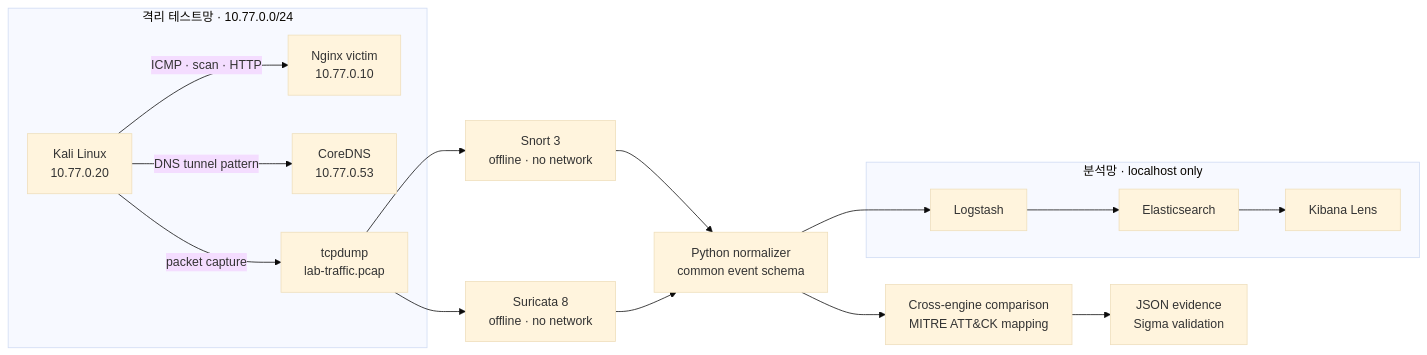
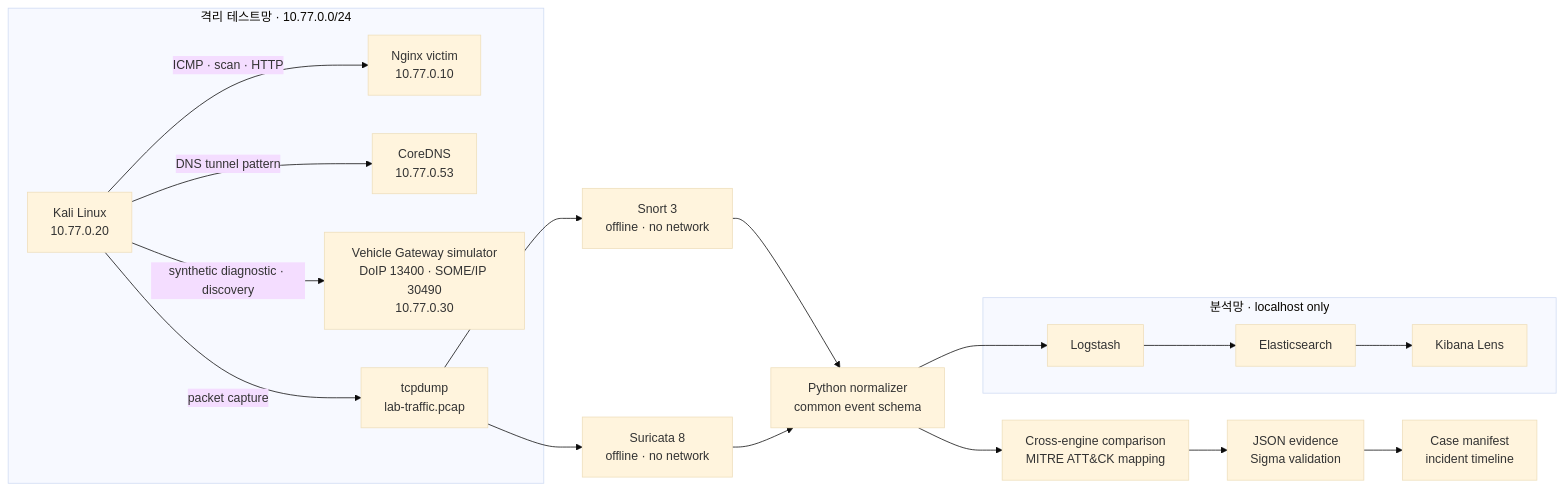
The diagram in README.md (teriyakki-jin/network-forensics-lab), drawn with Mermaid (base theme) before and after one commit. The commit also changed other lines of this file and 33 other files, not shown here.

````diff
--- a/README.md
+++ b/README.md
@@ -30,25 +33,28 @@
 ```mermaid
 flowchart LR
     subgraph LAB["격리 테스트망 · 10.77.0.0/24"]
         KALI["Kali Linux<br/>10.77.0.20"]
         VICTIM["Nginx victim<br/>10.77.0.10"]
         DNS["CoreDNS<br/>10.77.0.53"]
+        VEHICLE["Vehicle Gateway simulator<br/>DoIP 13400 · SOME/IP 30490<br/>10.77.0.30"]
         PCAP["tcpdump<br/>lab-traffic.pcap"]
         KALI -->|"ICMP · scan · HTTP"| VICTIM
         KALI -->|"DNS tunnel pattern"| DNS
+        KALI -->|"synthetic diagnostic · discovery"| VEHICLE
         KALI -->|"packet capture"| PCAP
     end
 
     PCAP --> SNORT["Snort 3<br/>offline · no network"]
     PCAP --> SURICATA["Suricata 8<br/>offline · no network"]
     SNORT --> NORMALIZE["Python normalizer<br/>common event schema"]
     SURICATA --> NORMALIZE
     NORMALIZE --> COMPARE["Cross-engine comparison<br/>MITRE ATT&CK mapping"]
 
     subgraph SOC["분석망 · localhost only"]
         LOGSTASH["Logstash"] --> ES["Elasticsearch"] --> KIBANA["Kibana Lens"]
     end
 
     NORMALIZE --> LOGSTASH
     COMPARE --> EVIDENCE["JSON evidence<br/>Sigma validation"]
+    EVIDENCE --> CASE["Case manifest<br/>incident timeline"]
 ```
````
